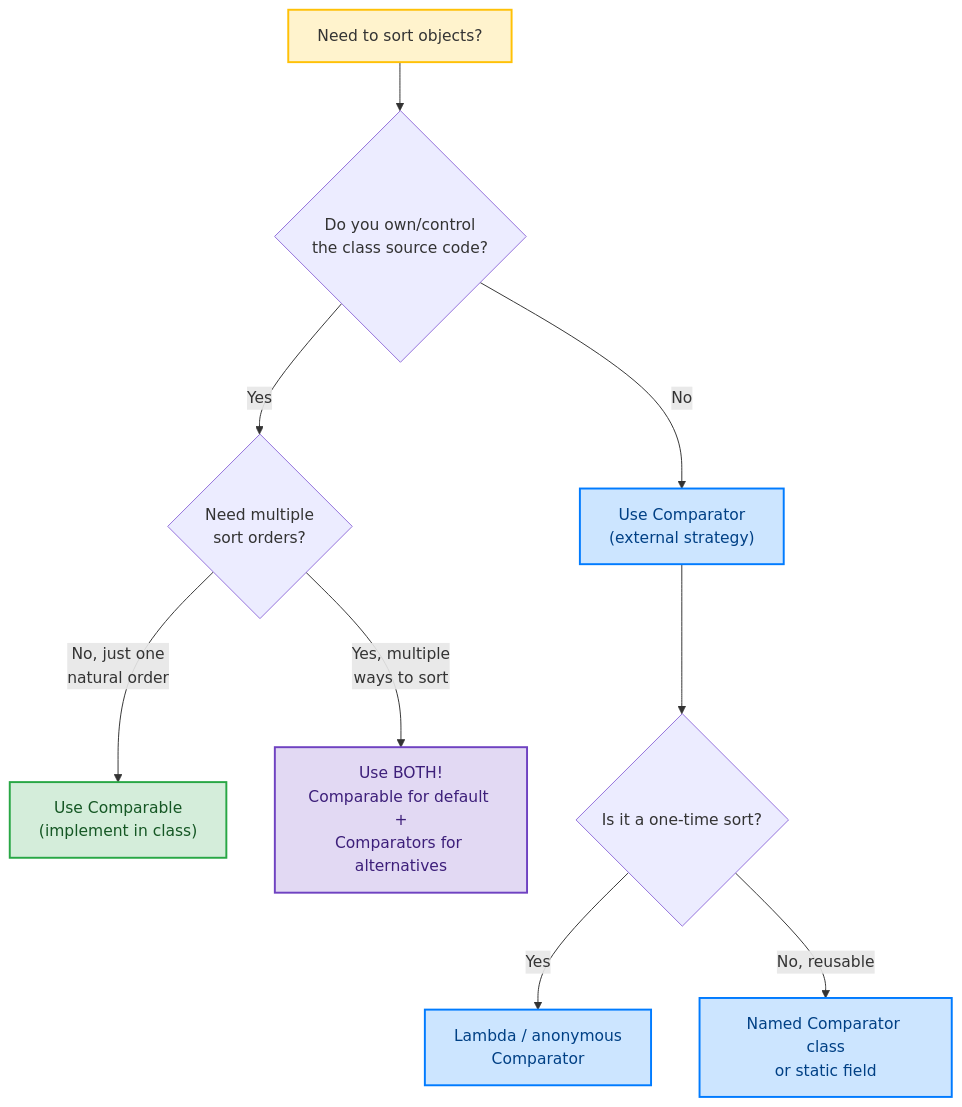
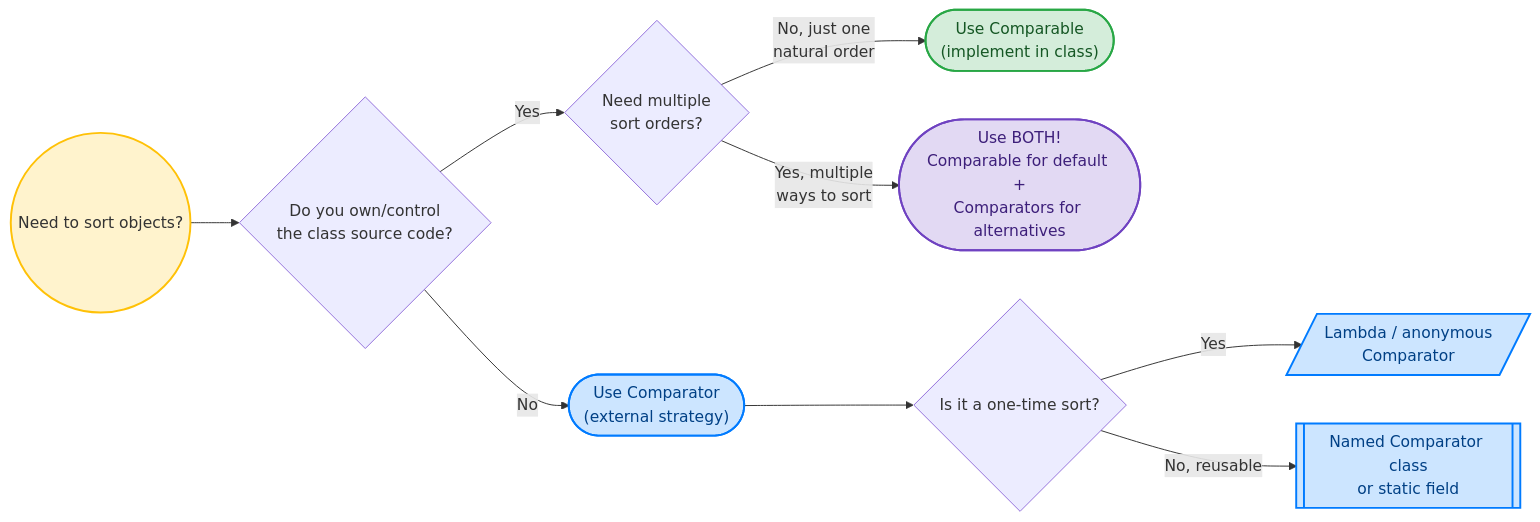
Before and after one commit to saivamsikaruturi/vamsilabs-dev-notes-main: the first of 4 diagrams in docs/java/ComparableComparator.md, drawn with Mermaid. The commit also changed other lines of this file and 146 other files, not shown here.

Commit message:
Horizontal diagrams, UML class diagrams, typography overhaul, and permalink cleanup

````diff
--- a/docs/java/ComparableComparator.md
+++ b/docs/java/ComparableComparator.md
@@ -11,16 +11,16 @@
 ```mermaid
-flowchart TD
-    A["Need to sort objects?"]:::question --> B{"Do you own/control\nthe class source code?"}
+flowchart LR
+    A(("Need to sort objects?")):::question --> B{"Do you own/control\nthe class source code?"}
     B -->|Yes| C{"Need multiple\nsort orders?"}
-    B -->|No| D["Use Comparator\n(external strategy)"]:::comparator
-    C -->|"No, just one\nnatural order"| E["Use Comparable\n(implement in class)"]:::comparable
-    C -->|"Yes, multiple\nways to sort"| F["Use BOTH!\nComparable for default +\nComparators for alternatives"]:::both
+    B -->|No| D(["Use Comparator\n(external strategy)"]):::comparator
+    C -->|"No, just one\nnatural order"| E(["Use Comparable\n(implement in class)"]):::comparable
+    C -->|"Yes, multiple\nways to sort"| F(["Use BOTH!\nComparable for default +\nComparators for alternatives"]):::both
     D --> G{"Is it a one-time sort?"}
-    G -->|Yes| H["Lambda / anonymous\nComparator"]:::comparator
-    G -->|No, reusable| I["Named Comparator class\nor static field"]:::comparator
+    G -->|Yes| H[/"Lambda / anonymous\nComparator"/]:::comparator
+    G -->|No, reusable| I[["Named Comparator class\nor static field"]]:::comparator
 
     classDef question fill:#fff3cd,stroke:#ffc107,stroke-width:2px,color:#333
     classDef comparable fill:#d4edda,stroke:#28a745,stroke-width:2px,color:#155724
     classDef comparator fill:#cce5ff,stroke:#007bff,stroke-width:2px,color:#004085
     classDef both fill:#e2d9f3,stroke:#6f42c1,stroke-width:2px,color:#3d1f7a
 ```
````
